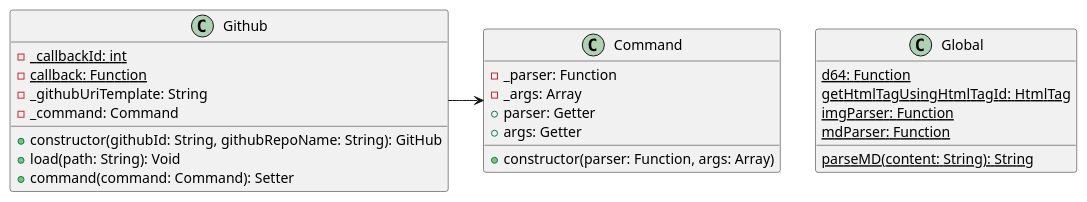
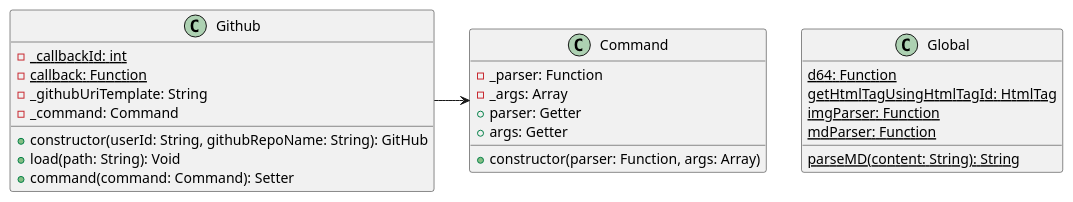
One commit to expert0226/codespitz changed the fifth of 8 diagrams in src/main/resources/codespitz79/designpattern/day02/day02.adoc. Above: the diagram before and after it, drawn with PlantUML. The commit also changed other lines of this file and 4 other files, not shown here.

```diff
--- a/src/main/resources/codespitz79/designpattern/day02/day02.adoc
+++ b/src/main/resources/codespitz79/designpattern/day02/day02.adoc
@@ -194,30 +194,30 @@
 [plantuml, commandPattern_class, png]
 .....
 Github -> Command
 
 class Global {
     {static} d64: Function
     {static} parseMD(content: String): String
     {static} getHtmlTagUsingHtmlTagId: HtmlTag
     {static} imgParser: Function
     {static} mdParser: Function
 }
 
 class Github {
     - {static} _callbackId: int
     - {static} callback: Function
     - _githubUriTemplate: String
     - _command: Command
-    + constructor(githubId: String, githubRepoName: String): GitHub
+    + constructor(userId: String, githubRepoName: String): GitHub
     + load(path: String): Void
     + command(command: Command): Setter
 }
 
 class Command {
     - _parser: Function
     - _args: Array
     + constructor(parser: Function, args: Array)
     + parser: Getter
     + args: Getter
 }
 .....
```
